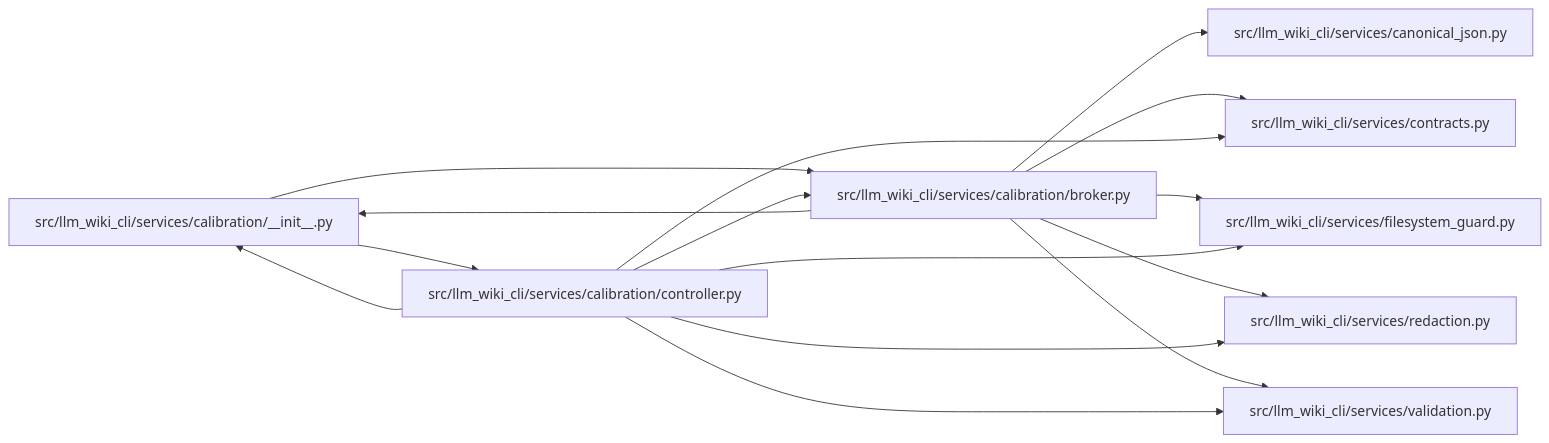
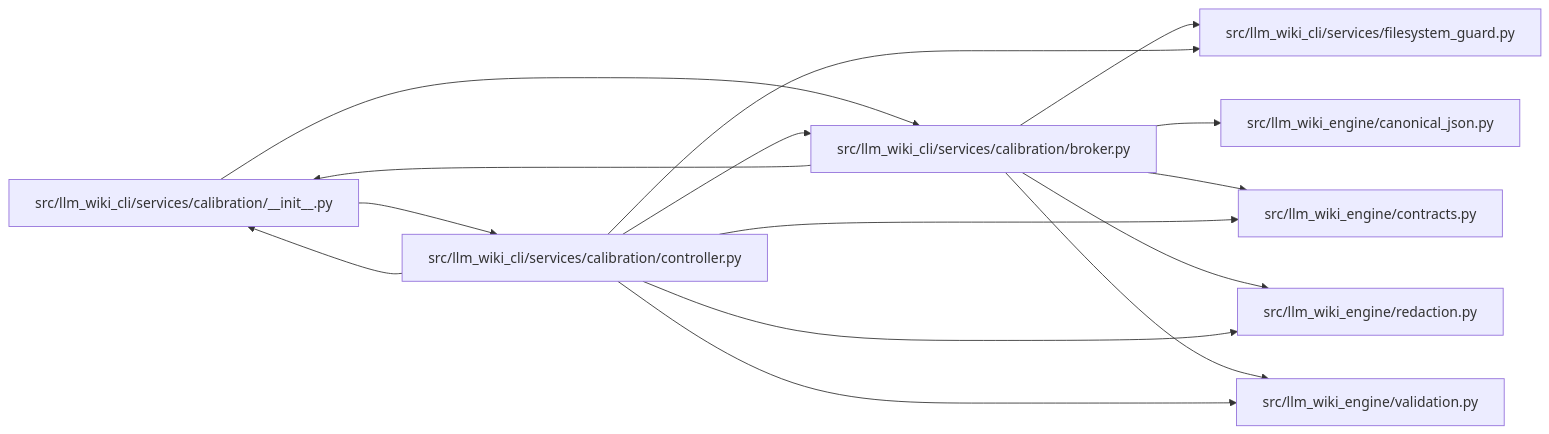
Before and after one commit to Denissvgn/python-wiki-llm: the diagram in docs/llm_wiki/modules/broker.md, drawn with Mermaid. The commit also changed other lines of this file and 1103 other files, not shown here.

First line of the commit message:
docs: refresh the wiki for the llm-wiki-engine distribution

````diff
--- a/docs/llm_wiki/modules/broker.md
+++ b/docs/llm_wiki/modules/broker.md
@@ -57,33 +57,33 @@
 ```mermaid
 flowchart LR
     n0["src/llm_wiki_cli/services/calibration/__init__.py"]
     n1["src/llm_wiki_cli/services/calibration/broker.py"]
     n2["src/llm_wiki_cli/services/calibration/controller.py"]
-    n3["src/llm_wiki_cli/services/canonical_json.py"]
-    n4["src/llm_wiki_cli/services/contracts.py"]
-    n5["src/llm_wiki_cli/services/filesystem_guard.py"]
-    n6["src/llm_wiki_cli/services/redaction.py"]
-    n7["src/llm_wiki_cli/services/validation.py"]
+    n3["src/llm_wiki_cli/services/filesystem_guard.py"]
+    n4["src/llm_wiki_engine/canonical_json.py"]
+    n5["src/llm_wiki_engine/contracts.py"]
+    n6["src/llm_wiki_engine/redaction.py"]
+    n7["src/llm_wiki_engine/validation.py"]
     n0 --> n1
     n0 --> n2
     n1 --> n0
     n1 --> n3
     n1 --> n4
     n1 --> n5
     n1 --> n6
     n1 --> n7
     n2 --> n0
     n2 --> n1
-    n2 --> n4
+    n2 --> n3
     n2 --> n5
     n2 --> n6
     n2 --> n7
     click n0 "../modules/calibration___init__.md"
     click n1 "../modules/broker.md"
     click n2 "../modules/controller.md"
-    click n3 "../modules/canonical_json.md"
-    click n4 "../modules/services_contracts.md"
-    click n5 "../modules/filesystem_guard.md"
+    click n3 "../modules/filesystem_guard.md"
+    click n4 "../modules/canonical_json.md"
+    click n5 "../modules/llm_wiki_engine_contracts.md"
     click n6 "../modules/redaction.md"
     click n7 "../modules/validation.md"
 ```
````
